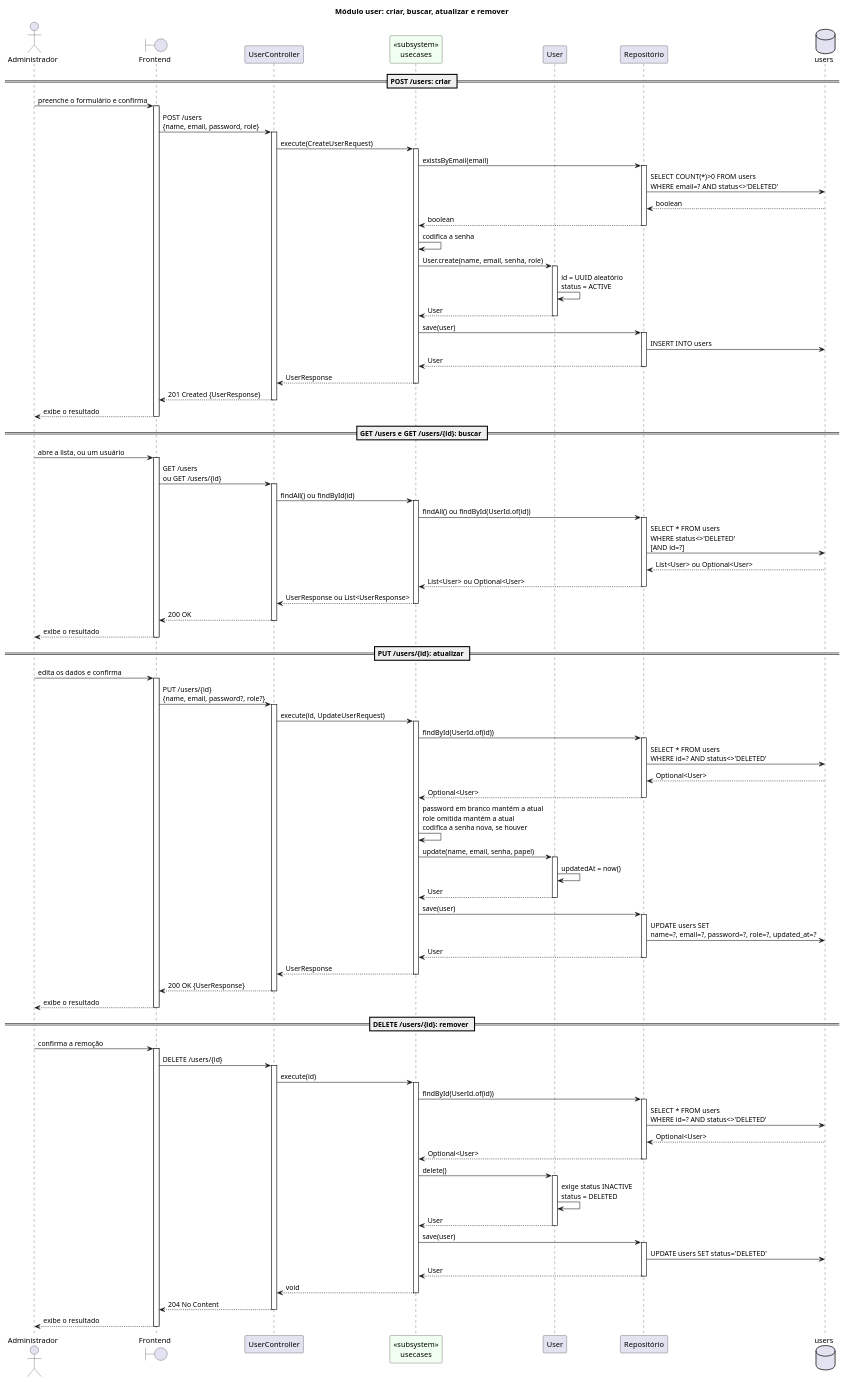
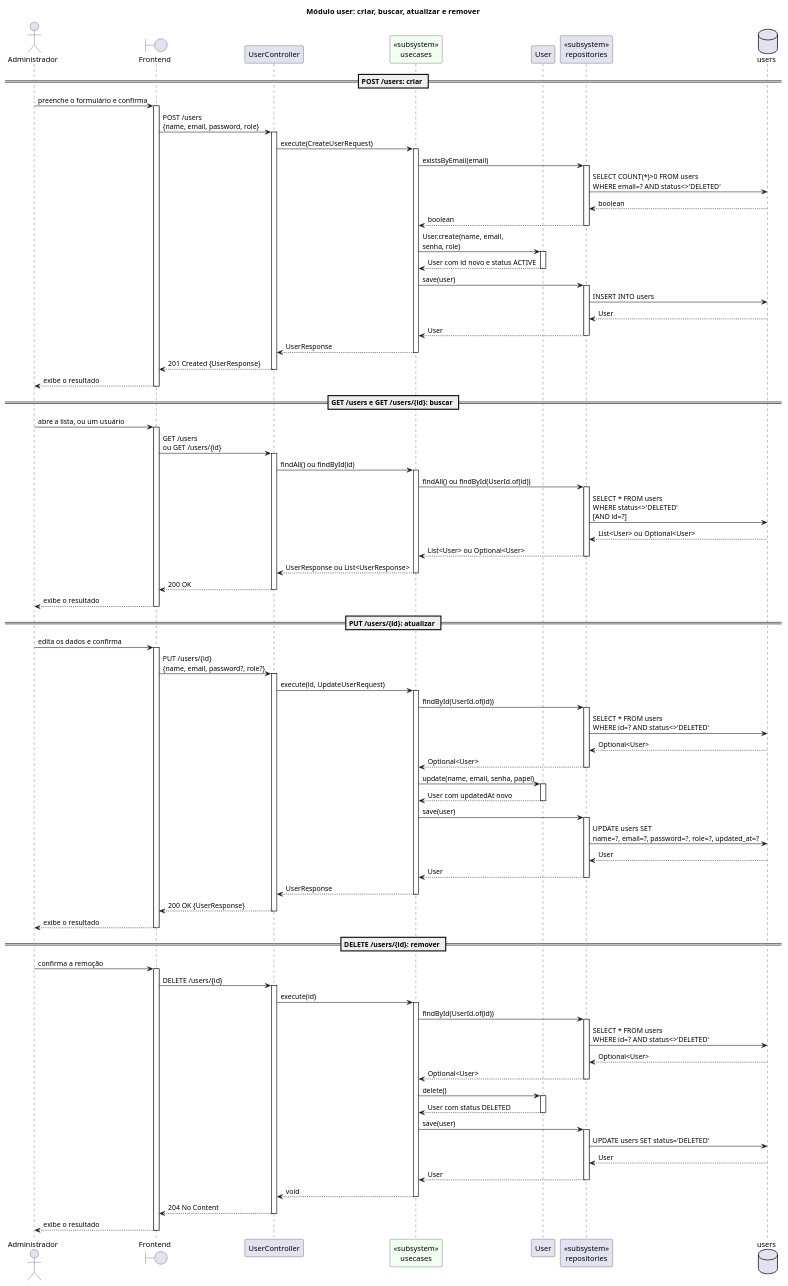
Before and after one commit to Neoguara/rooms-diagrams: the diagram in src/plantuml/sequencia/simples/user.puml, drawn with PlantUML. The commit also changed 5 other files, not shown here.

```diff
--- a/src/plantuml/sequencia/simples/user.puml
+++ b/src/plantuml/sequencia/simples/user.puml
@@ -1,163 +1,159 @@
 @startuml user_simples
 
 ' Módulo user inteiro em um arquivo, no estilo simplista. Os cinco diagramas completos
 ' continuam em sequencia/user/, um por endpoint, e é lá que estão os desvios.
 '
 ' Quatro cortes em relação a eles:
-'   1. UserRepositoryPort e UserRepositoryImpl viram um participante só, "Repositório".
+'   1. Porta e implementação viram um participante só, tipado como «subsystem».
 '   2. Só o caminho de sucesso. Nenhum alt: os erros (400, 404, 409, 422) estão nos
 '      diagramas completos, e as guardas de status estão em estado/user_status.puml.
-'   3. Colaborador sem regra própria vira mensagem para si mesmo, como a codificação da
-'      senha, para o fato não sumir junto com a raia.
+'   3. Nenhuma mensagem para si mesmo: fluxo interno não é troca entre participantes. O
+'      que ele dizia foi para o rótulo da chamada ou do retorno.
 '   4. Ativação só em trecho reto, abrindo e fechando no mesmo nível.
 '
 ' A camada de caso de uso é uma raia só, tipada como «subsystem». Ela não representa uma
 ' classe: representa a camada. As cinco classes estão em classe/simples/user.puml.
 '
 ' O PATCH /users/{id}/status fica de fora: as transições estão em estado/user_status.puml.
 
 title Módulo user: criar, buscar, atualizar e remover
 
 actor "Administrador" as Ator
 boundary "Frontend" as FE
 participant "UserController" as Ctrl
 
 participant "<<subsystem>>\nusecases" as UC #F0FFF0
 
 participant "User" as Entity
-participant "Repositório" as Repo
+participant "<<subsystem>>\nrepositories" as Repo
 database "users" as DB
 
 == POST /users: criar ==
 
 Ator -> FE: preenche o formulário e confirma
 activate FE
 FE -> Ctrl: POST /users\n{name, email, password, role}
 activate Ctrl
 Ctrl -> UC: execute(CreateUserRequest)
 activate UC
 
 UC -> Repo: existsByEmail(email)
 activate Repo
 Repo -> DB: SELECT COUNT(*)>0 FROM users\nWHERE email=? AND status<>'DELETED'
 DB --> Repo: boolean
 Repo --> UC: boolean
 deactivate Repo
 
-UC -> UC: codifica a senha
-
-UC -> Entity: User.create(name, email, senha, role)
+UC -> Entity: User.create(name, email,\nsenha, role)
 activate Entity
-Entity -> Entity: id = UUID aleatório\nstatus = ACTIVE
-Entity --> UC: User
+Entity --> UC: User com id novo e status ACTIVE
 deactivate Entity
 
 UC -> Repo: save(user)
 activate Repo
 Repo -> DB: INSERT INTO users
+DB --> Repo: User
 Repo --> UC: User
 deactivate Repo
 
 UC --> Ctrl: UserResponse
 deactivate UC
 Ctrl --> FE: 201 Created {UserResponse}
 deactivate Ctrl
 FE --> Ator: exibe o resultado
 deactivate FE
 
 == GET /users e GET /users/{id}: buscar ==
 
 Ator -> FE: abre a lista, ou um usuário
 activate FE
 FE -> Ctrl: GET /users\nou GET /users/{id}
 activate Ctrl
 Ctrl -> UC: findAll() ou findById(id)
 activate UC
 
 UC -> Repo: findAll() ou findById(UserId.of(id))
 activate Repo
 Repo -> DB: SELECT * FROM users\nWHERE status<>'DELETED'\n[AND id=?]
 DB --> Repo: List<User> ou Optional<User>
 Repo --> UC: List<User> ou Optional<User>
 deactivate Repo
 
 UC --> Ctrl: UserResponse ou List<UserResponse>
 deactivate UC
 Ctrl --> FE: 200 OK
 deactivate Ctrl
 FE --> Ator: exibe o resultado
 deactivate FE
 
 == PUT /users/{id}: atualizar ==
 
 Ator -> FE: edita os dados e confirma
 activate FE
 FE -> Ctrl: PUT /users/{id}\n{name, email, password?, role?}
 activate Ctrl
 Ctrl -> UC: execute(id, UpdateUserRequest)
 activate UC
 
 UC -> Repo: findById(UserId.of(id))
 activate Repo
 Repo -> DB: SELECT * FROM users\nWHERE id=? AND status<>'DELETED'
 DB --> Repo: Optional<User>
 Repo --> UC: Optional<User>
 deactivate Repo
 
-UC -> UC: password em branco mantém a atual\nrole omitida mantém a atual\ncodifica a senha nova, se houver
-
 UC -> Entity: update(name, email, senha, papel)
 activate Entity
-Entity -> Entity: updatedAt = now()
-Entity --> UC: User
+Entity --> UC: User com updatedAt novo
 deactivate Entity
 
 UC -> Repo: save(user)
 activate Repo
 Repo -> DB: UPDATE users SET\nname=?, email=?, password=?, role=?, updated_at=?
+DB --> Repo: User
 Repo --> UC: User
 deactivate Repo
 
 UC --> Ctrl: UserResponse
 deactivate UC
 Ctrl --> FE: 200 OK {UserResponse}
 deactivate Ctrl
 FE --> Ator: exibe o resultado
 deactivate FE
 
 == DELETE /users/{id}: remover ==
 
 Ator -> FE: confirma a remoção
 activate FE
 FE -> Ctrl: DELETE /users/{id}
 activate Ctrl
 Ctrl -> UC: execute(id)
 activate UC
 
 UC -> Repo: findById(UserId.of(id))
 activate Repo
 Repo -> DB: SELECT * FROM users\nWHERE id=? AND status<>'DELETED'
 DB --> Repo: Optional<User>
 Repo --> UC: Optional<User>
 deactivate Repo
 
 UC -> Entity: delete()
 activate Entity
-Entity -> Entity: exige status INACTIVE\nstatus = DELETED
-Entity --> UC: User
+Entity --> UC: User com status DELETED
 deactivate Entity
 
 UC -> Repo: save(user)
 activate Repo
 Repo -> DB: UPDATE users SET status='DELETED'
+DB --> Repo: User
 Repo --> UC: User
 deactivate Repo
 
 UC --> Ctrl: void
 deactivate UC
 Ctrl --> FE: 204 No Content
 deactivate Ctrl
 FE --> Ator: exibe o resultado
 deactivate FE
 
 @enduml
```
